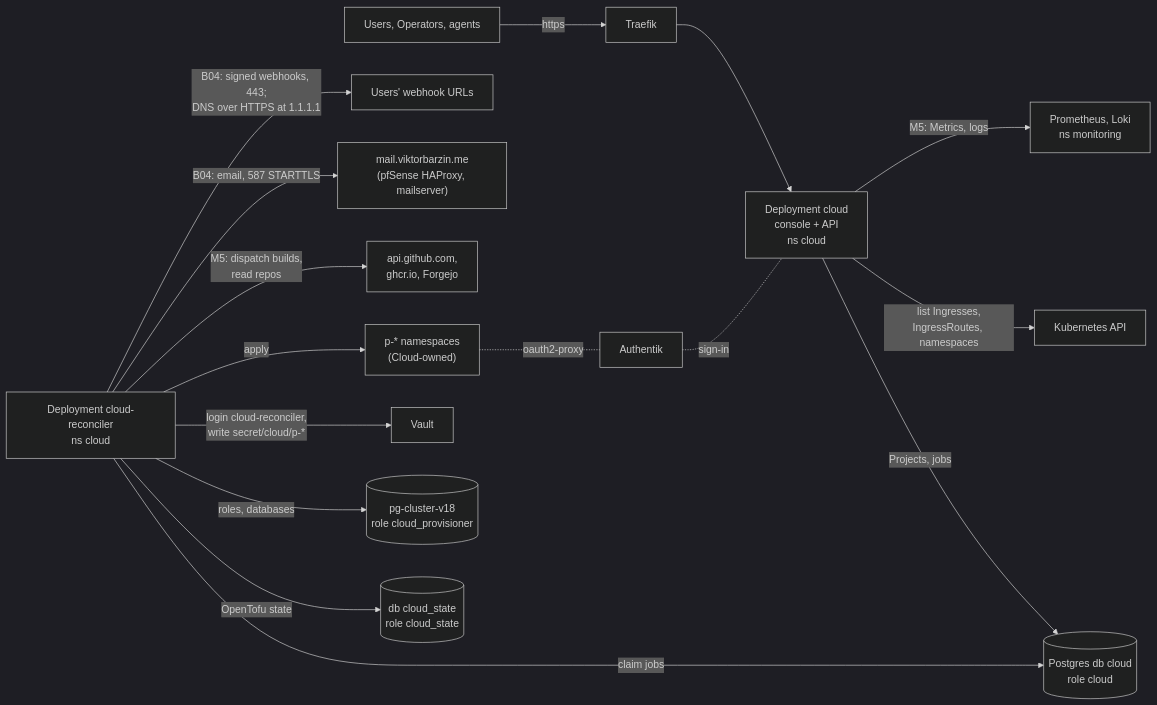
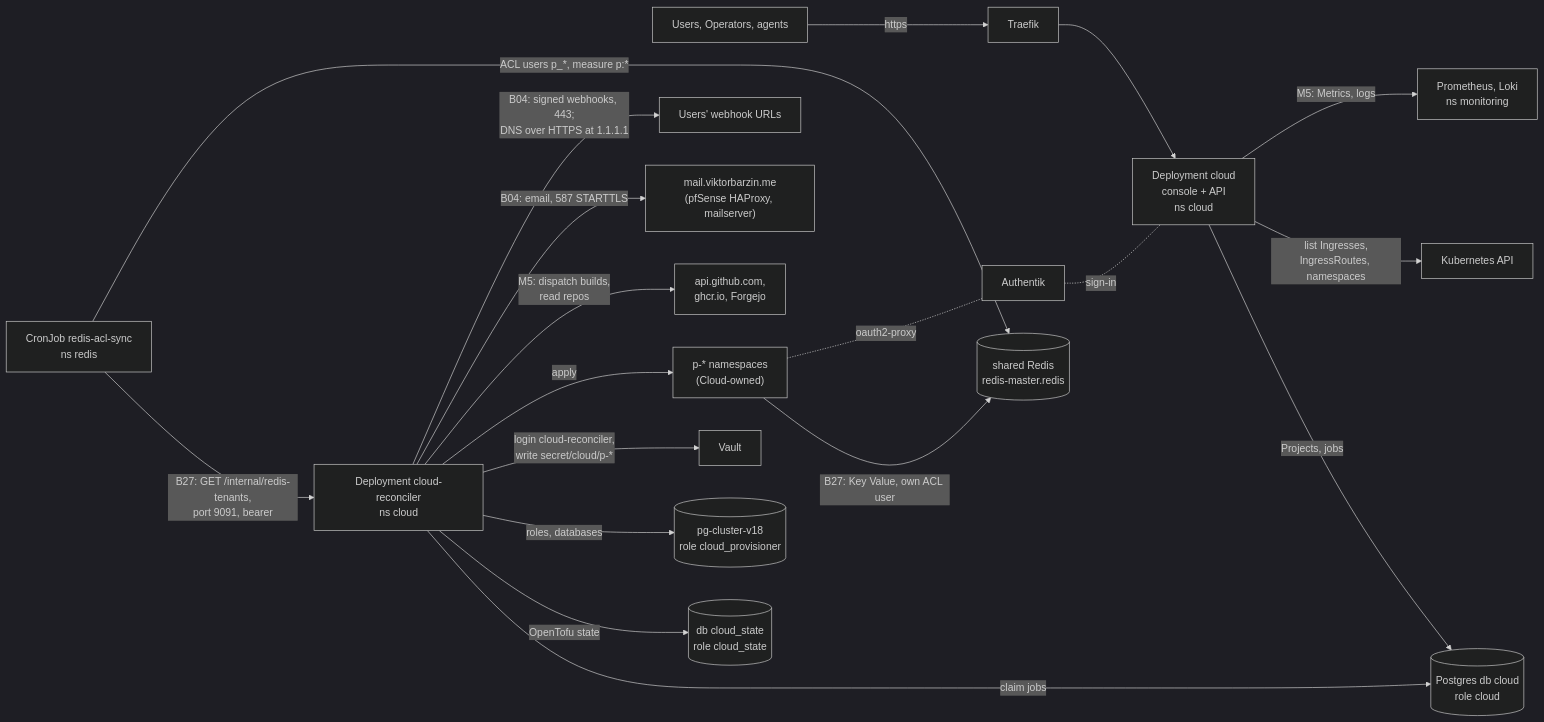
Before and after one commit to ViktorBarzin/infra: the first of 3 diagrams in docs/architecture/cloud.md, drawn with Mermaid (dark theme). The commit also changed other lines of this file and 9 other files, not shown here.

First line of the commit message:
cloud: tenant route port, kv-cli toolbox and Redis egress for Key Value

````diff
--- a/docs/architecture/cloud.md
+++ b/docs/architecture/cloud.md
@@ -15,18 +15,21 @@
 ```mermaid
 flowchart LR
   U["Users, Operators, agents"] -->|https| T[Traefik]
   T --> C["Deployment cloud<br/>console + API<br/>ns cloud"]
   C -->|Projects, jobs| DB[("Postgres db cloud<br/>role cloud")]
   C -->|list Ingresses,<br/>IngressRoutes, namespaces| K[Kubernetes API]
   R["Deployment cloud-reconciler<br/>ns cloud"] -->|claim jobs| DB
   R -->|OpenTofu state| ST[("db cloud_state<br/>role cloud_state")]
   R -->|roles, databases| PG[("pg-cluster-v18<br/>role cloud_provisioner")]
   R -->|login cloud-reconciler,<br/>write secret/cloud/p-*| V[Vault]
   R -->|apply| P["p-* namespaces<br/>(Cloud-owned)"]
   R -->|M5: dispatch builds,<br/>read repos| GH["api.github.com,<br/>ghcr.io, Forgejo"]
   R -->|B04: email, 587 STARTTLS| MS["mail.viktorbarzin.me<br/>(pfSense HAProxy, mailserver)"]
   R -->|B04: signed webhooks, 443;<br/>DNS over HTTPS at 1.1.1.1| WH["Users' webhook URLs"]
   C -->|M5: Metrics, logs| M["Prometheus, Loki<br/>ns monitoring"]
+  RS["CronJob redis-acl-sync<br/>ns redis"] -->|B27: GET /internal/redis-tenants,<br/>port 9091, bearer| R
+  RS -->|ACL users p_*, measure p:*| RD[("shared Redis<br/>redis-master.redis")]
+  P -->|B27: Key Value, own ACL user| RD
   A[Authentik] -. sign-in .- C
   P -. oauth2-proxy .- A
 ```
````
